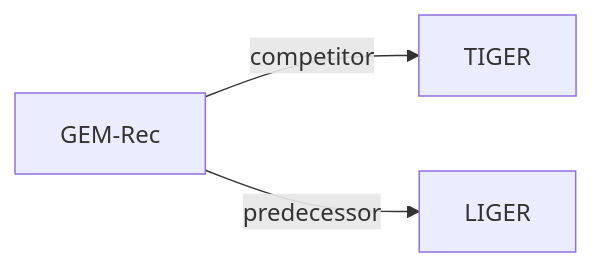
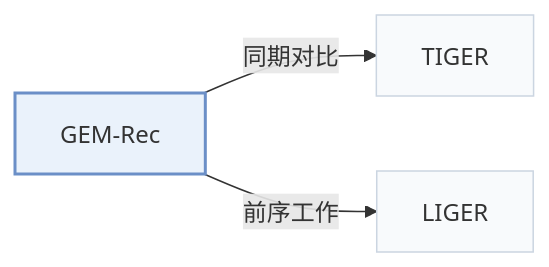
One commit to Galaxy-ghost/Awesome-SID-Generative-Rec changed the second of 2 diagrams in pages/zh/papers/gem-rec.md. Above: the diagram before and after it, drawn with Mermaid. The commit also changed other lines of this file and 649 other files, not shown here.

Commit message:
writer-05: also tags and modality index (schema, check, build, visuals); summary field removed; calibration data for 12 papers

````diff
--- a/pages/zh/papers/gem-rec.md
+++ b/pages/zh/papers/gem-rec.md
@@ -68,6 +74,10 @@
 ```mermaid
 flowchart LR
     P["GEM-Rec"]
-    P -->|competitor| A["TIGER"]
-    P -->|predecessor| B["LIGER"]
+    P -->|"同期对比"| A["TIGER"]
+    P -->|"前序工作"| B["LIGER"]
+    classDef main fill:#eaf2fb,stroke:#6b8fc7,stroke-width:2px
+    classDef peer fill:#f8fafc,stroke:#cbd5e1
+    class P main
+    class A,B peer
 ```
````
